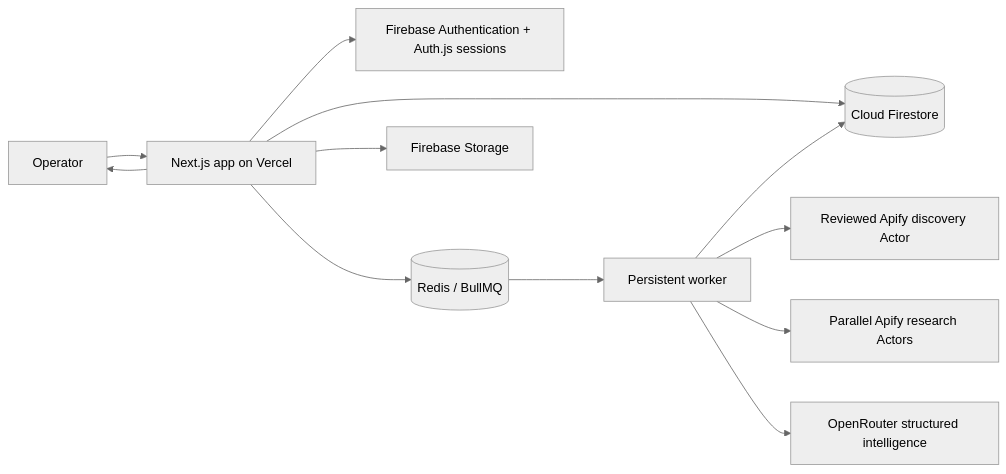
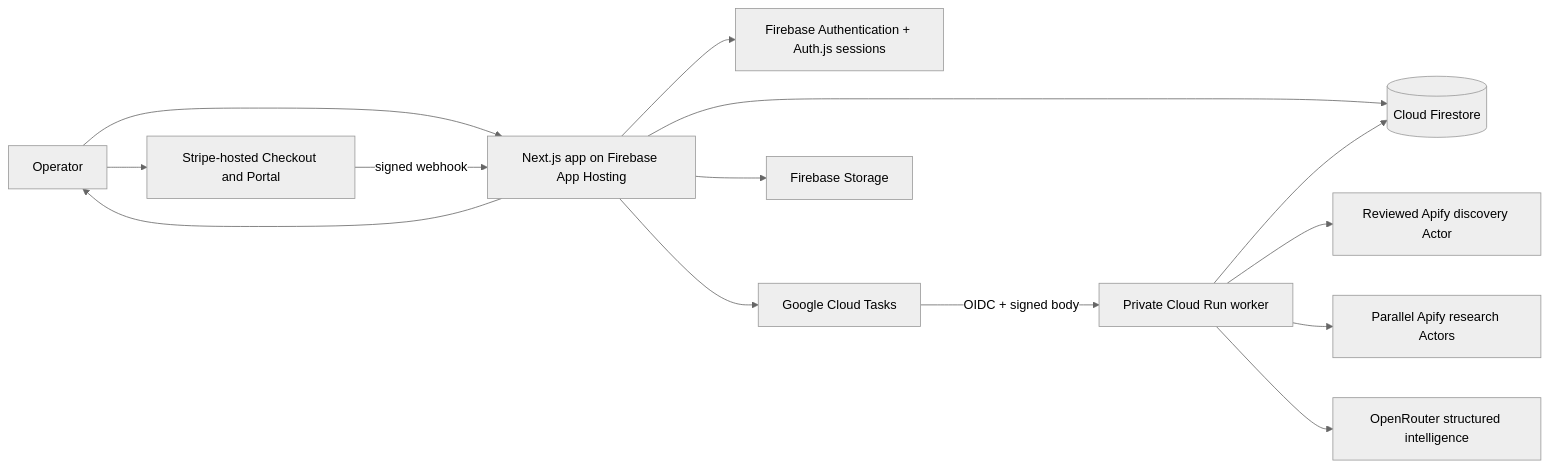
Before and after one commit to TusharND12/Athreix-outreach-saas: the diagram in docs/ARCHITECTURE.md, drawn with Mermaid (neutral theme). The commit also changed other lines of this file and 93 other files, not shown here.

````diff
--- a/docs/ARCHITECTURE.md
+++ b/docs/ARCHITECTURE.md
@@ -5,14 +5,16 @@
 ```mermaid
 flowchart LR
-  U[Operator] --> N[Next.js app on Vercel]
+  U[Operator] --> N[Next.js app on Firebase App Hosting]
   N --> A[Firebase Authentication + Auth.js sessions]
   N --> F[(Cloud Firestore)]
-  N --> R[(Redis / BullMQ)]
-  R --> W[Persistent worker]
+  N --> T[Google Cloud Tasks]
+  T -->|OIDC + signed body| W[Private Cloud Run worker]
   W --> AP[Reviewed Apify discovery Actor]
   W --> APR[Parallel Apify research Actors]
   W --> O[OpenRouter structured intelligence]
   W --> F
   N --> S[Firebase Storage]
+  U --> ST[Stripe-hosted Checkout and Portal]
+  ST -->|signed webhook| N
   N --> U
 ```
````
